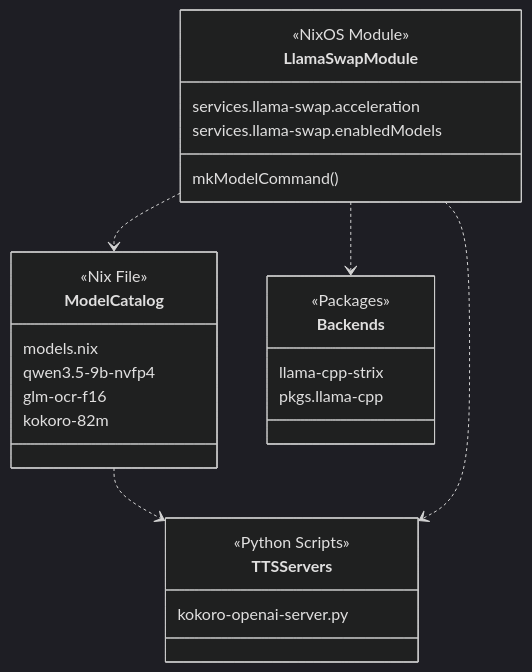
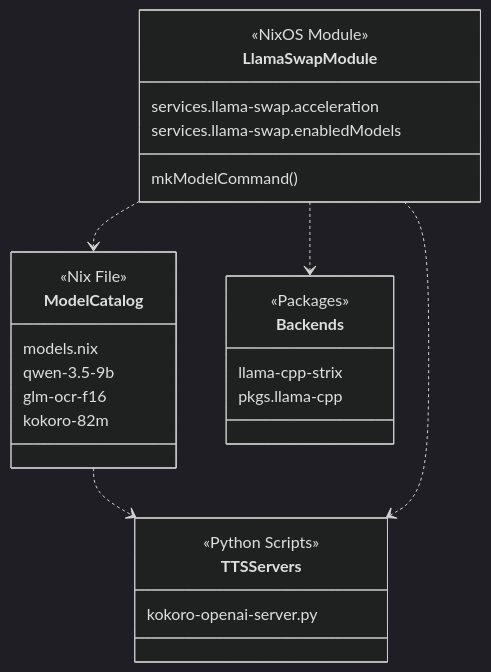
The diagram in docs/llama-swap-LLM-Orchestration-Service.md (Cody-W-Tucker/nix-config), drawn with Mermaid (dark theme) before and after one commit. The commit also changed other lines of this file and 4 other files, not shown here.

````diff
--- a/docs/llama-swap-LLM-Orchestration-Service.md
+++ b/docs/llama-swap-LLM-Orchestration-Service.md
@@ -73,29 +73,29 @@
 ```mermaid
 classDiagram
     class LlamaSwapModule {
         <<NixOS Module>>
         services.llama-swap.acceleration
         services.llama-swap.enabledModels
         mkModelCommand()
     }
     class ModelCatalog {
         <<Nix File>>
         models.nix
-        qwen3.5-9b-nvfp4
+        qwen-3.5-9b
         glm-ocr-f16
         kokoro-82m
     }
     class TTSServers {
         <<Python Scripts>>
         kokoro-openai-server.py
     }
     class Backends {
         <<Packages>>
         llama-cpp-strix
         pkgs.llama-cpp
     }
     LlamaSwapModule ..> ModelCatalog
     LlamaSwapModule ..> Backends
     ModelCatalog ..> TTSServers
     LlamaSwapModule ..> TTSServers
 ```
````
